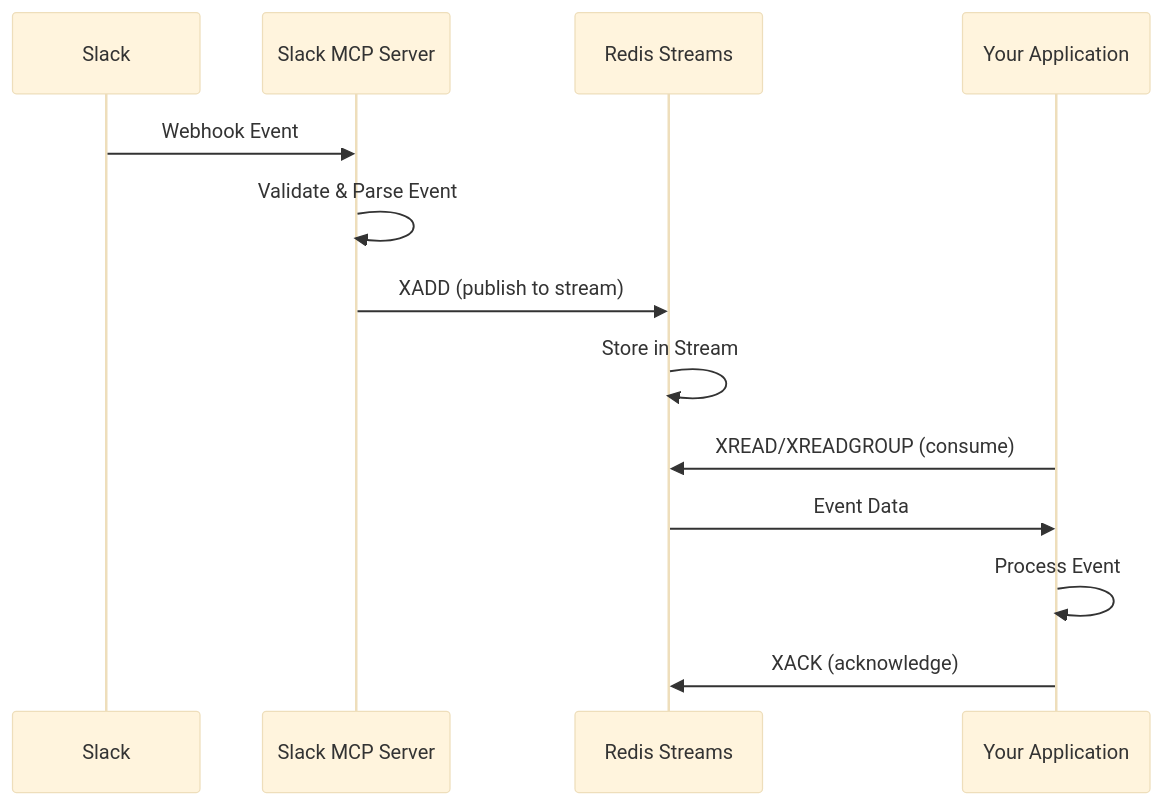
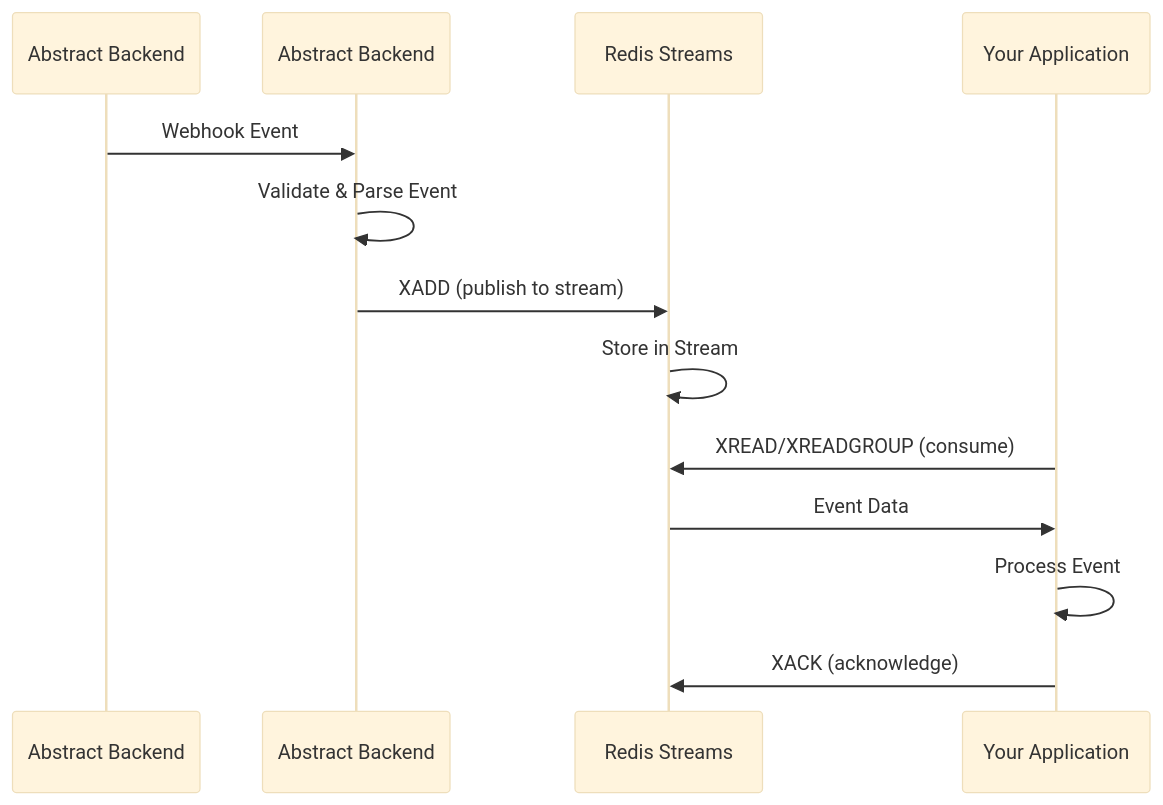
Before and after one commit to Chisanan232/abe-redis: the diagram in docs/docs_versioned_docs/version-0.0.1/introduction.mdx, drawn with Mermaid (base theme). The commit also changed other lines of this file and 67 other files, not shown here.

````diff
--- a/docs/docs_versioned_docs/version-0.0.1/introduction.mdx
+++ b/docs/docs_versioned_docs/version-0.0.1/introduction.mdx
@@ -30,16 +30,16 @@
 ```mermaid
 sequenceDiagram
-    participant S as Slack
-    participant MCP as Slack MCP Server
+    participant S as Abstract Backend
+    participant MCP as Abstract Backend
     participant Redis as Redis Streams
     participant App as Your Application
     
     S->>MCP: Webhook Event
     MCP->>MCP: Validate & Parse Event
     MCP->>Redis: XADD (publish to stream)
     Redis->>Redis: Store in Stream
     App->>Redis: XREAD/XREADGROUP (consume)
     Redis->>App: Event Data
     App->>App: Process Event
     App->>Redis: XACK (acknowledge)
 ```
````
